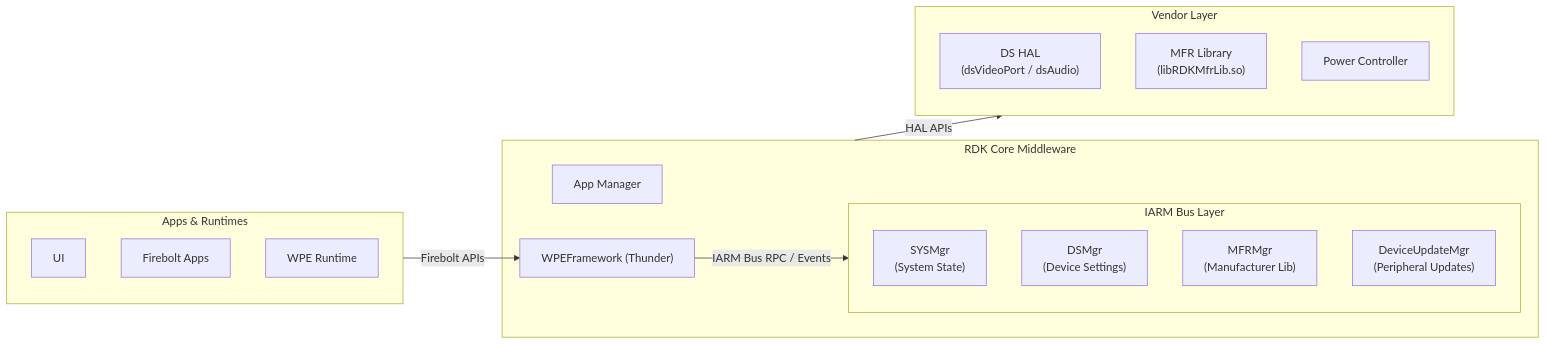
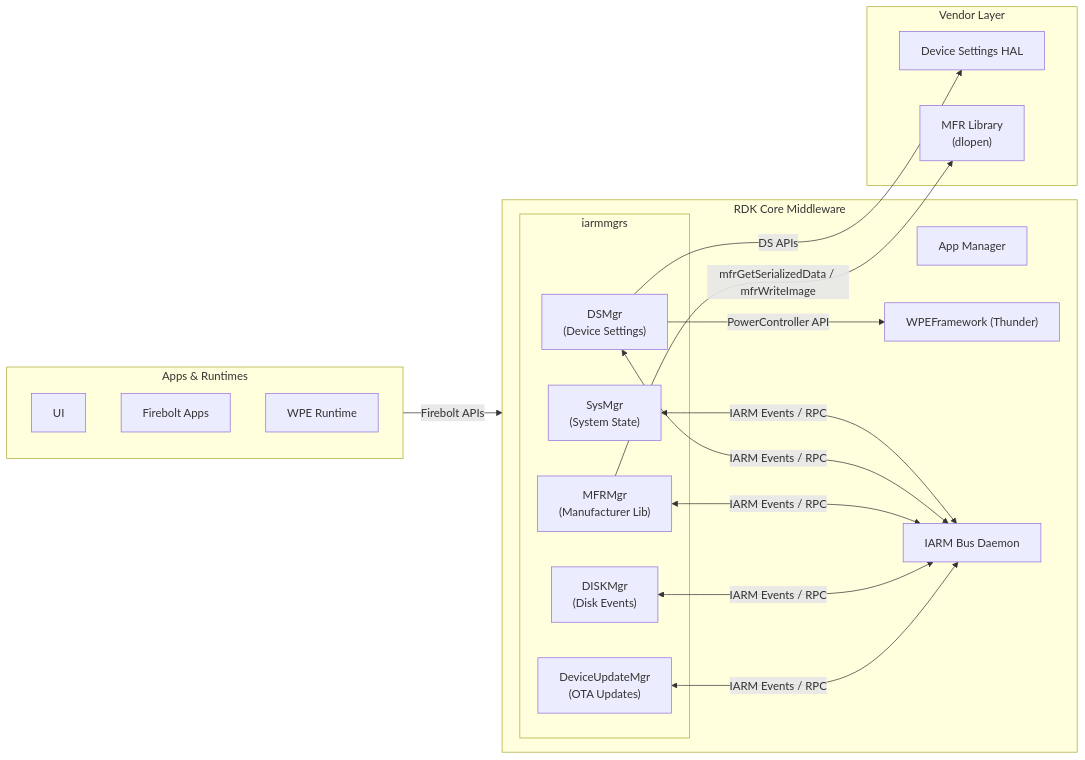
One commit to rns21/RDK_Documentation changed the first of 7 diagrams in docs/docu/RDKV-Documentations/iarmmgrs.md. Above: the diagram before and after it, drawn with Mermaid. The commit also changed other lines of this file, not shown here.

````diff
--- a/docs/docu/RDKV-Documentations/iarmmgrs.md
+++ b/docs/docu/RDKV-Documentations/iarmmgrs.md
@@ -9,38 +11,45 @@
 ```mermaid
 flowchart LR
 
 %% Styles
 classDef Apps stroke:#00B9F1,fill:#E6F7FD,stroke-width:2px;
 classDef RDKMW stroke:#75D701,fill:#F1FFE6,stroke-width:2px;
 classDef VL stroke:#808080,fill:#F2F2F2,stroke-width:2px;
 
 %% Apps Layer
     subgraph Apps["Apps & Runtimes"]
         RDKUI["UI"]
         FBApps["Firebolt Apps"]
         WPE_RT["WPE Runtime"]
     end
 
 %% Middleware
     subgraph RDKMW["RDK Core Middleware"]
         AM["App Manager"]
         Thunder["WPEFramework (Thunder)"]
-        subgraph IARM["IARM Bus Layer"]
-            SYSMgr["SYSMgr\n(System State)"]
+        IARMBUS["IARM Bus Daemon"]
+        subgraph IARMMGRS["iarmmgrs"]
+            SYSMgr["SysMgr\n(System State)"]
             DSMgr["DSMgr\n(Device Settings)"]
             MFRMgr["MFRMgr\n(Manufacturer Lib)"]
-            DevUpdMgr["DeviceUpdateMgr\n(Peripheral Updates)"]
+            DISKMgr["DISKMgr\n(Disk Events)"]
+            DevUpdateMgr["DeviceUpdateMgr\n(OTA Updates)"]
         end
+        SYSMgr <-->|IARM Events / RPC| IARMBUS
+        DSMgr <-->|IARM Events / RPC| IARMBUS
+        MFRMgr <-->|IARM Events / RPC| IARMBUS
+        DISKMgr <-->|IARM Events / RPC| IARMBUS
+        DevUpdateMgr <-->|IARM Events / RPC| IARMBUS
+        DSMgr -->|PowerController API| Thunder
     end
 
 %% Vendor Layer
     subgraph VL["Vendor Layer"]
-        DSHAL["DS HAL\n(dsVideoPort / dsAudio)"]
-        MFRLIB["MFR Library\n(libRDKMfrLib.so)"]
-        PwrCtrl["Power Controller"]
+        DS_HAL["Device Settings HAL"]
+        MFRLIB["MFR Library\n(dlopen)"]
     end
 
-    Apps -->|Firebolt APIs| Thunder
-    Thunder -->|IARM Bus RPC / Events| IARM
-    RDKMW -->|HAL APIs| VL
+    Apps -->|Firebolt APIs| RDKMW
+    DSMgr -->|DS APIs| DS_HAL
+    MFRMgr -->|mfrGetSerializedData / mfrWriteImage| MFRLIB
 ```
````
